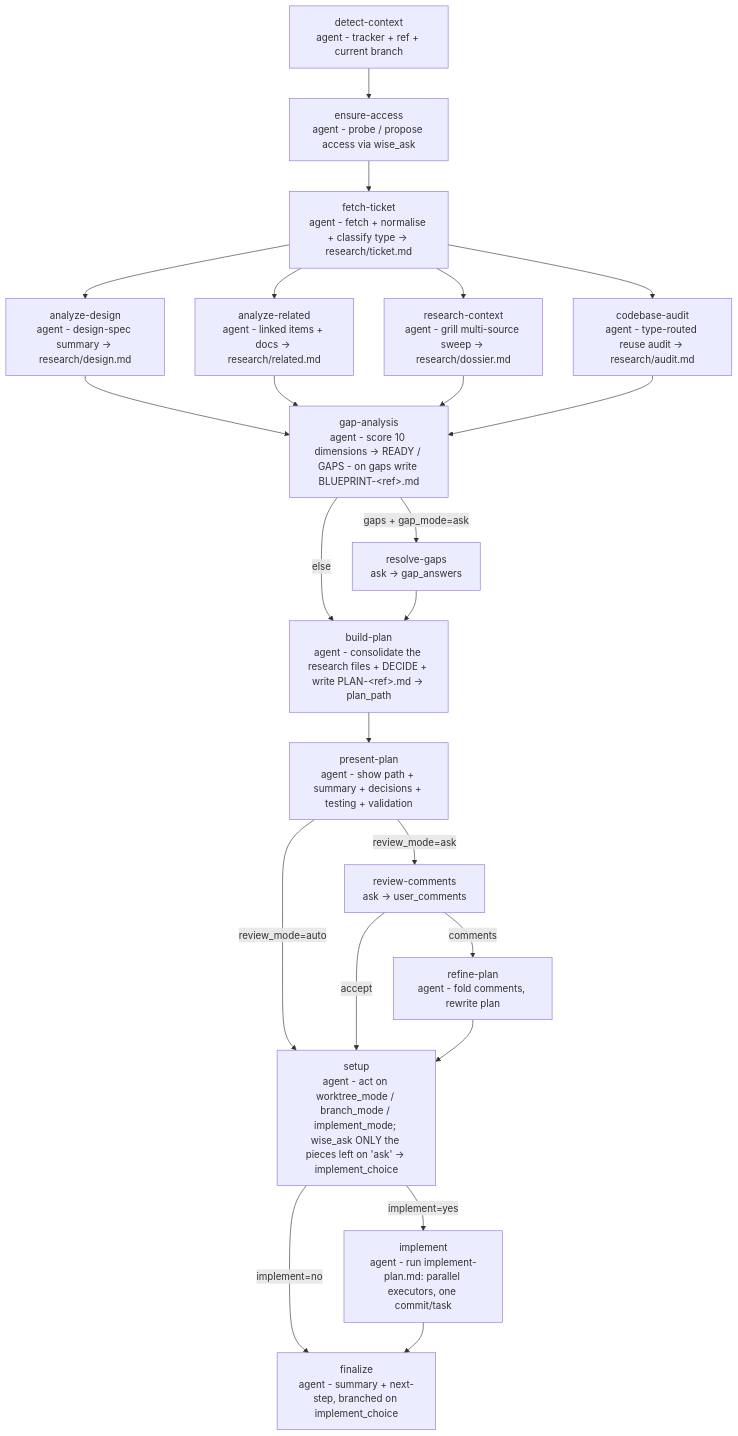
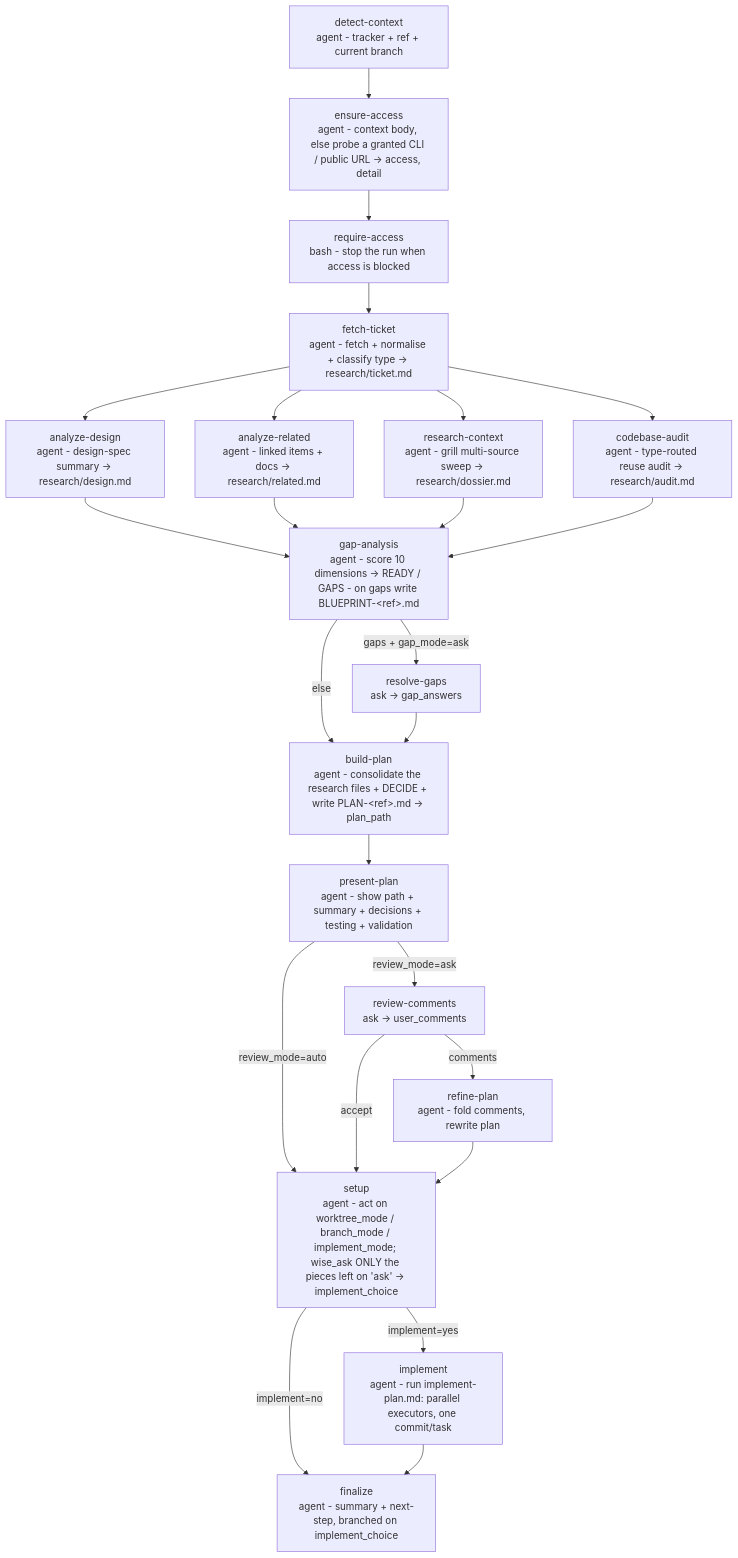
One commit to e1024kb/wise-claude changed the diagram in plugins/wise/workflows/ticket-plan/README.md. Above: the diagram before and after it, drawn with Mermaid. The commit also changed other lines of this file and 70 other files, not shown here.

First line of the commit message:
fix(wise): full model pickers, base-branch choice, harness-neutral fragments and engine-run pr-watch / impl-plan (#82)

````diff
--- a/plugins/wise/workflows/ticket-plan/README.md
+++ b/plugins/wise/workflows/ticket-plan/README.md
@@ -74,25 +78,26 @@
 ```mermaid
 flowchart TD
-    T[detect-context<br/>agent - tracker + ref + current branch] --> X[ensure-access<br/>agent - probe / propose access via wise_ask]
-    X --> A[fetch-ticket<br/>agent - fetch + normalise + classify type → research/ticket.md]
+    T[detect-context<br/>agent - tracker + ref + current branch] --> X[ensure-access<br/>agent - context body, else probe a granted CLI / public URL -> access, detail]
+    X --> RA[require-access<br/>bash - stop the run when access is blocked]
+    RA --> A[fetch-ticket<br/>agent - fetch + normalise + classify type → research/ticket.md]
     A --> C[analyze-design<br/>agent - design-spec summary → research/design.md]
     A --> D[analyze-related<br/>agent - linked items + docs → research/related.md]
     A --> RCx[research-context<br/>agent - grill multi-source sweep → research/dossier.md]
     A --> E[codebase-audit<br/>agent - type-routed reuse audit → research/audit.md]
     C --> G[gap-analysis<br/>agent - score 10 dimensions → READY / GAPS - on gaps write BLUEPRINT-&lt;ref&gt;.md]
     D --> G
     RCx --> G
     E --> G
     G -->|gaps + gap_mode=ask| RG[resolve-gaps<br/>ask → gap_answers]
     G -->|else| B
     RG --> B[build-plan<br/>agent - consolidate the research files + DECIDE + write PLAN-&lt;ref&gt;.md → plan_path]
     B --> P[present-plan<br/>agent - show path + summary + decisions + testing + validation]
     P -->|review_mode=ask| RC[review-comments<br/>ask → user_comments]
     P -->|review_mode=auto| S
     RC -->|comments| RF[refine-plan<br/>agent - fold comments, rewrite plan]
     RC -->|accept| S
     RF --> S[setup<br/>agent - act on worktree_mode / branch_mode / implement_mode; wise_ask ONLY the pieces left on 'ask' → implement_choice]
     S -->|implement=yes| IM[implement<br/>agent - run implement-plan.md: parallel executors, one commit/task]
     S -->|implement=no| FN
     IM --> FN[finalize<br/>agent - summary + next-step, branched on implement_choice]
 ```
````
